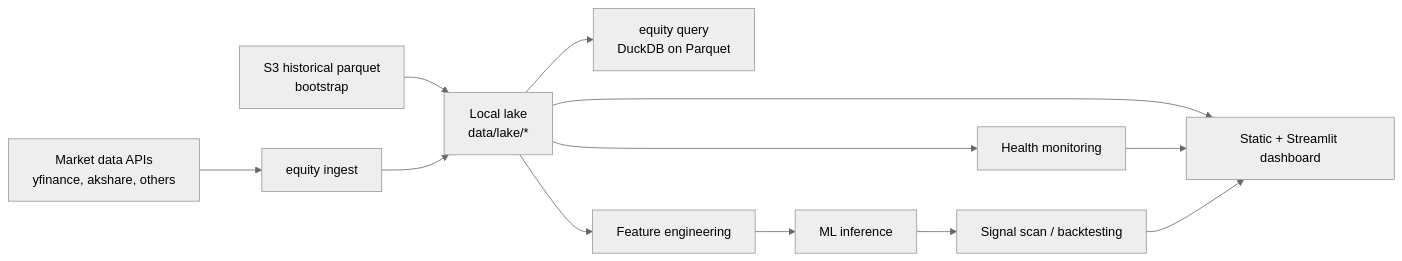
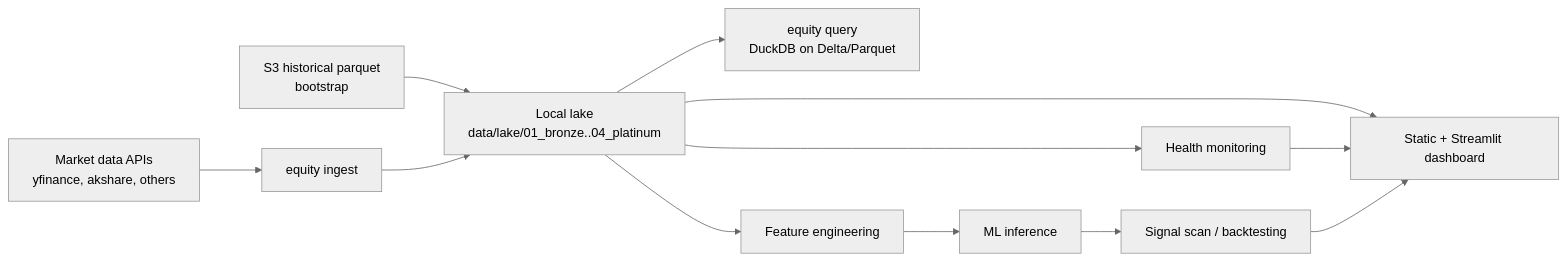
One commit to minghao51/equity_lake changed the diagram in README.md. Above: the diagram before and after it, drawn with Mermaid (neutral theme). The commit also changed 34 other files, not shown here.

````diff
--- a/README.md
+++ b/README.md
@@ -14,14 +14,14 @@
 ```mermaid
 flowchart LR
-    S3["S3 historical parquet<br/>bootstrap"] --> Lake["Local lake<br/>data/lake/*"]
+    S3["S3 historical parquet<br/>bootstrap"] --> Lake["Local lake<br/>data/lake/01_bronze..04_platinum"]
     APIs["Market data APIs<br/>yfinance, akshare, others"] --> Ingest["equity ingest"]
     Ingest --> Lake
-    Lake --> Query["equity query<br/>DuckDB on Parquet"]
+    Lake --> Query["equity query<br/>DuckDB on Delta/Parquet"]
     Lake --> Features["Feature engineering"]
     Features --> ML["ML inference"]
     ML --> Signals["Signal scan / backtesting"]
     Lake --> Monitor["Health monitoring"]
     Lake --> Dashboard["Static + Streamlit dashboard"]
     Monitor --> Dashboard
     Signals --> Dashboard
 ```
````
